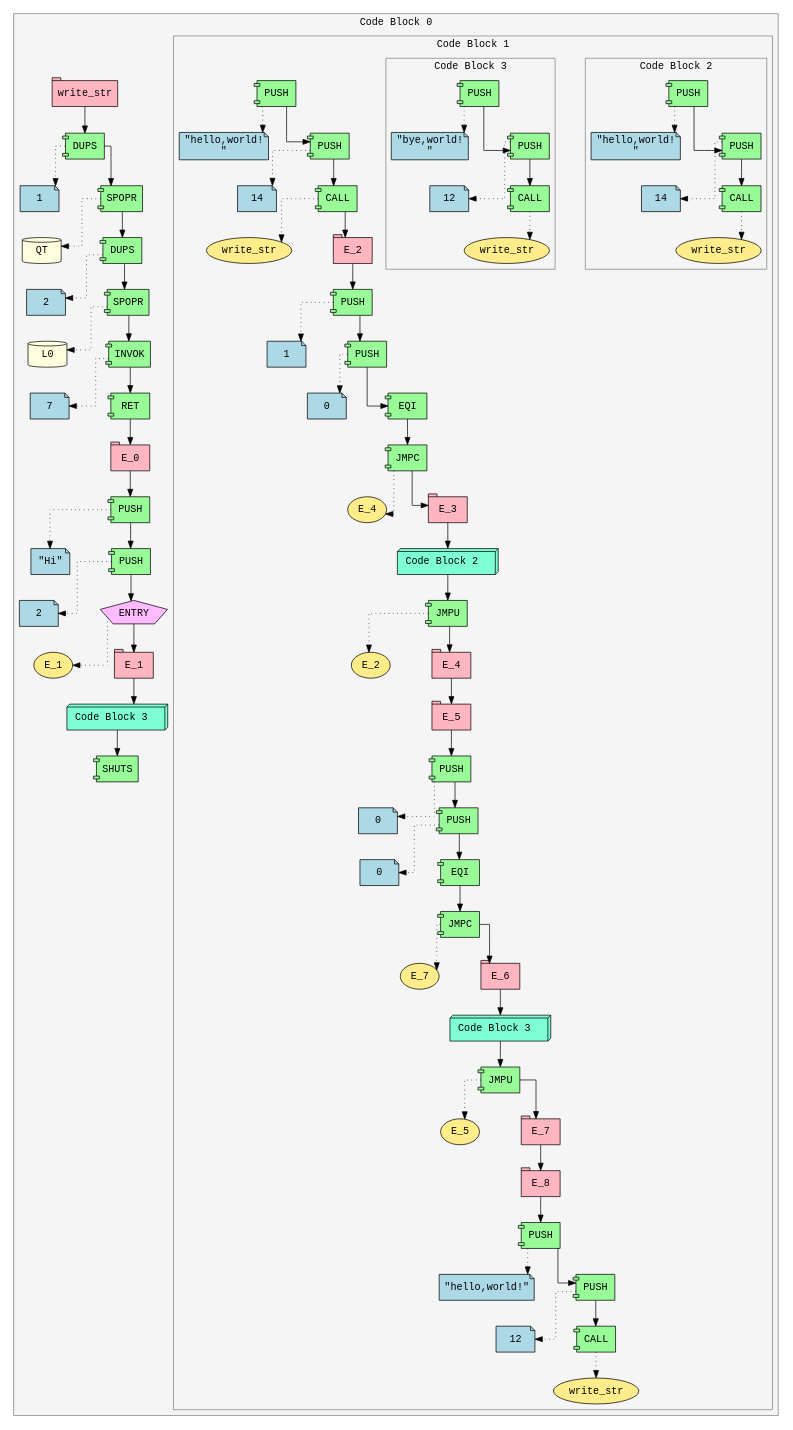
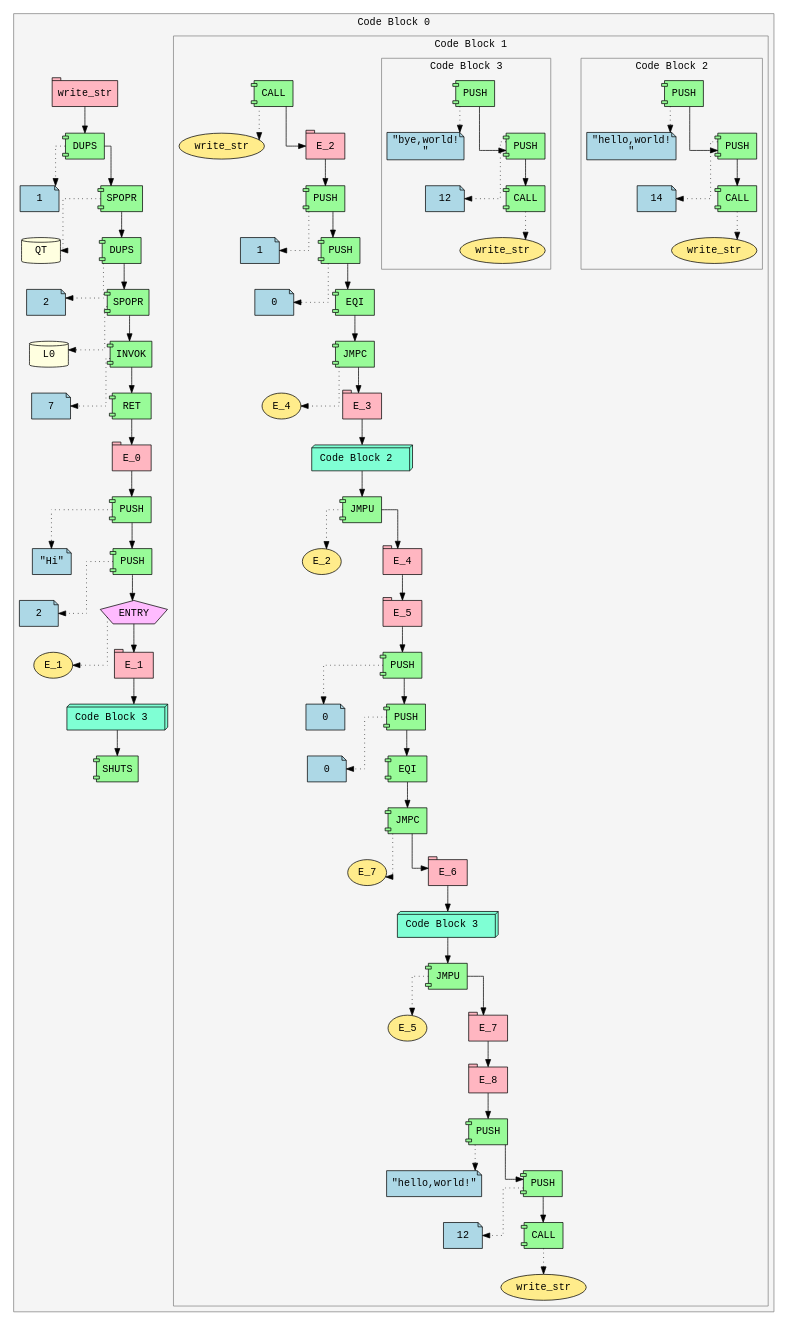
Before and after one commit to Soham-Metha/IICT_Segfault_2025: the diagram in ir.dot, drawn with Graphviz. The commit also changed 3 other files, not shown here.

```diff
--- a/ir.dot
+++ b/ir.dot
@@ -53,123 +53,115 @@
 color=gray;
 fillcolor=whitesmoke;
 fontname="Courier";
-Expr_22 [shape=component style=filled fillcolor=palegreen fontname="Courier" label="PUSH"]
-Expr_23 [shape=note style=filled fillcolor=lightblue fontname="Courier" label="\"hello,world!\n\""]
+Expr_22 [shape=component style=filled fillcolor=palegreen fontname="Courier" label="CALL"]
+Expr_23 [shape=ellipse style=filled fillcolor=lightgoldenrod1 fontname="Courier" label="write_str"]
 Expr_22 -> Expr_23 [style=dotted]
-Expr_24 [shape=component style=filled fillcolor=palegreen fontname="Courier" label="PUSH"]
-Expr_25 [shape=note style=filled fillcolor=lightblue fontname="Courier" label="14"]
-Expr_24 -> Expr_25 [style=dotted]
+Expr_24 [shape=tab style=filled fillcolor=lightpink fontname="Courier" label="E_2"]
 Expr_22 -> Expr_24;
-Expr_26 [shape=component style=filled fillcolor=palegreen fontname="Courier" label="CALL"]
-Expr_27 [shape=ellipse style=filled fillcolor=lightgoldenrod1 fontname="Courier" label="write_str"]
-Expr_26 -> Expr_27 [style=dotted]
-Expr_24 -> Expr_26;
-Expr_28 [shape=tab style=filled fillcolor=lightpink fontname="Courier" label="E_2"]
-Expr_26 -> Expr_28;
-Expr_29 [shape=component style=filled fillcolor=palegreen fontname="Courier" label="PUSH"]
-Expr_30 [shape=note style=filled fillcolor=lightblue fontname="Courier" label="1"]
-Expr_29 -> Expr_30 [style=dotted]
-Expr_28 -> Expr_29;
-Expr_31 [shape=component style=filled fillcolor=palegreen fontname="Courier" label="PUSH"]
-Expr_32 [shape=note style=filled fillcolor=lightblue fontname="Courier" label="0"]
-Expr_31 -> Expr_32 [style=dotted]
-Expr_29 -> Expr_31;
-Expr_33 [shape=component style=filled fillcolor=palegreen fontname="Courier" label="EQI"]
-Expr_31 -> Expr_33;
-Expr_34 [shape=component style=filled fillcolor=palegreen fontname="Courier" label="JMPC"]
-Expr_35 [shape=ellipse style=filled fillcolor=lightgoldenrod1 fontname="Courier" label="E_4"]
-Expr_34 -> Expr_35 [style=dotted]
-Expr_33 -> Expr_34;
-Expr_36 [shape=tab style=filled fillcolor=lightpink fontname="Courier" label="E_3"]
-Expr_34 -> Expr_36;
-subgraph cluster_37 {
+Expr_25 [shape=component style=filled fillcolor=palegreen fontname="Courier" label="PUSH"]
+Expr_26 [shape=note style=filled fillcolor=lightblue fontname="Courier" label="1"]
+Expr_25 -> Expr_26 [style=dotted]
+Expr_24 -> Expr_25;
+Expr_27 [shape=component style=filled fillcolor=palegreen fontname="Courier" label="PUSH"]
+Expr_28 [shape=note style=filled fillcolor=lightblue fontname="Courier" label="0"]
+Expr_27 -> Expr_28 [style=dotted]
+Expr_25 -> Expr_27;
+Expr_29 [shape=component style=filled fillcolor=palegreen fontname="Courier" label="EQI"]
+Expr_27 -> Expr_29;
+Expr_30 [shape=component style=filled fillcolor=palegreen fontname="Courier" label="JMPC"]
+Expr_31 [shape=ellipse style=filled fillcolor=lightgoldenrod1 fontname="Courier" label="E_4"]
+Expr_30 -> Expr_31 [style=dotted]
+Expr_29 -> Expr_30;
+Expr_32 [shape=tab style=filled fillcolor=lightpink fontname="Courier" label="E_3"]
+Expr_30 -> Expr_32;
+subgraph cluster_33 {
 label="Code Block 2 ";
 style=filled;
 color=gray;
 fillcolor=whitesmoke;
 fontname="Courier";
-Expr_38 [shape=component style=filled fillcolor=palegreen fontname="Courier" label="PUSH"]
-Expr_39 [shape=note style=filled fillcolor=lightblue fontname="Courier" label="\"hello,world!\n\""]
+Expr_34 [shape=component style=filled fillcolor=palegreen fontname="Courier" label="PUSH"]
+Expr_35 [shape=note style=filled fillcolor=lightblue fontname="Courier" label="\"hello,world!\n\""]
+Expr_34 -> Expr_35 [style=dotted]
+Expr_36 [shape=component style=filled fillcolor=palegreen fontname="Courier" label="PUSH"]
+Expr_37 [shape=note style=filled fillcolor=lightblue fontname="Courier" label="14"]
+Expr_36 -> Expr_37 [style=dotted]
+Expr_34 -> Expr_36;
+Expr_38 [shape=component style=filled fillcolor=palegreen fontname="Courier" label="CALL"]
+Expr_39 [shape=ellipse style=filled fillcolor=lightgoldenrod1 fontname="Courier" label="write_str"]
 Expr_38 -> Expr_39 [style=dotted]
-Expr_40 [shape=component style=filled fillcolor=palegreen fontname="Courier" label="PUSH"]
-Expr_41 [shape=note style=filled fillcolor=lightblue fontname="Courier" label="14"]
+Expr_36 -> Expr_38;
+}
+Expr_33 [shape=box3d style=filled fillcolor=aquamarine fontname="Courier" label=" Code Block 2  "]
+Expr_32 -> Expr_33;
+Expr_40 [shape=component style=filled fillcolor=palegreen fontname="Courier" label="JMPU"]
+Expr_41 [shape=ellipse style=filled fillcolor=lightgoldenrod1 fontname="Courier" label="E_2"]
 Expr_40 -> Expr_41 [style=dotted]
-Expr_38 -> Expr_40;
-Expr_42 [shape=component style=filled fillcolor=palegreen fontname="Courier" label="CALL"]
-Expr_43 [shape=ellipse style=filled fillcolor=lightgoldenrod1 fontname="Courier" label="write_str"]
-Expr_42 -> Expr_43 [style=dotted]
+Expr_33 -> Expr_40;
+Expr_42 [shape=tab style=filled fillcolor=lightpink fontname="Courier" label="E_4"]
 Expr_40 -> Expr_42;
-}
-Expr_37 [shape=box3d style=filled fillcolor=aquamarine fontname="Courier" label=" Code Block 2  "]
-Expr_36 -> Expr_37;
-Expr_44 [shape=component style=filled fillcolor=palegreen fontname="Courier" label="JMPU"]
-Expr_45 [shape=ellipse style=filled fillcolor=lightgoldenrod1 fontname="Courier" label="E_2"]
+Expr_43 [shape=tab style=filled fillcolor=lightpink fontname="Courier" label="E_5"]
+Expr_42 -> Expr_43;
+Expr_44 [shape=component style=filled fillcolor=palegreen fontname="Courier" label="PUSH"]
+Expr_45 [shape=note style=filled fillcolor=lightblue fontname="Courier" label="0"]
 Expr_44 -> Expr_45 [style=dotted]
-Expr_37 -> Expr_44;
-Expr_46 [shape=tab style=filled fillcolor=lightpink fontname="Courier" label="E_4"]
+Expr_43 -> Expr_44;
+Expr_46 [shape=component style=filled fillcolor=palegreen fontname="Courier" label="PUSH"]
+Expr_47 [shape=note style=filled fillcolor=lightblue fontname="Courier" label="0"]
+Expr_46 -> Expr_47 [style=dotted]
 Expr_44 -> Expr_46;
-Expr_47 [shape=tab style=filled fillcolor=lightpink fontname="Courier" label="E_5"]
-Expr_46 -> Expr_47;
-Expr_48 [shape=component style=filled fillcolor=palegreen fontname="Courier" label="PUSH"]
-Expr_49 [shape=note style=filled fillcolor=lightblue fontname="Courier" label="0"]
-Expr_48 -> Expr_49 [style=dotted]
-Expr_47 -> Expr_48;
-Expr_50 [shape=component style=filled fillcolor=palegreen fontname="Courier" label="PUSH"]
-Expr_51 [shape=note style=filled fillcolor=lightblue fontname="Courier" label="0"]
-Expr_50 -> Expr_51 [style=dotted]
-Expr_48 -> Expr_50;
-Expr_52 [shape=component style=filled fillcolor=palegreen fontname="Courier" label="EQI"]
-Expr_50 -> Expr_52;
-Expr_53 [shape=component style=filled fillcolor=palegreen fontname="Courier" label="JMPC"]
-Expr_54 [shape=ellipse style=filled fillcolor=lightgoldenrod1 fontname="Courier" label="E_7"]
-Expr_53 -> Expr_54 [style=dotted]
-Expr_52 -> Expr_53;
-Expr_55 [shape=tab style=filled fillcolor=lightpink fontname="Courier" label="E_6"]
-Expr_53 -> Expr_55;
-subgraph cluster_56 {
+Expr_48 [shape=component style=filled fillcolor=palegreen fontname="Courier" label="EQI"]
+Expr_46 -> Expr_48;
+Expr_49 [shape=component style=filled fillcolor=palegreen fontname="Courier" label="JMPC"]
+Expr_50 [shape=ellipse style=filled fillcolor=lightgoldenrod1 fontname="Courier" label="E_7"]
+Expr_49 -> Expr_50 [style=dotted]
+Expr_48 -> Expr_49;
+Expr_51 [shape=tab style=filled fillcolor=lightpink fontname="Courier" label="E_6"]
+Expr_49 -> Expr_51;
+subgraph cluster_52 {
 label="Code Block 3 ";
 style=filled;
 color=gray;
 fillcolor=whitesmoke;
 fontname="Courier";
-Expr_57 [shape=component style=filled fillcolor=palegreen fontname="Courier" label="PUSH"]
-Expr_58 [shape=note style=filled fillcolor=lightblue fontname="Courier" label="\"bye,world!\n\""]
+Expr_53 [shape=component style=filled fillcolor=palegreen fontname="Courier" label="PUSH"]
+Expr_54 [shape=note style=filled fillcolor=lightblue fontname="Courier" label="\"bye,world!\n\""]
+Expr_53 -> Expr_54 [style=dotted]
+Expr_55 [shape=component style=filled fillcolor=palegreen fontname="Courier" label="PUSH"]
+Expr_56 [shape=note style=filled fillcolor=lightblue fontname="Courier" label="12"]
+Expr_55 -> Expr_56 [style=dotted]
+Expr_53 -> Expr_55;
+Expr_57 [shape=component style=filled fillcolor=palegreen fontname="Courier" label="CALL"]
+Expr_58 [shape=ellipse style=filled fillcolor=lightgoldenrod1 fontname="Courier" label="write_str"]
 Expr_57 -> Expr_58 [style=dotted]
-Expr_59 [shape=component style=filled fillcolor=palegreen fontname="Courier" label="PUSH"]
-Expr_60 [shape=note style=filled fillcolor=lightblue fontname="Courier" label="12"]
+Expr_55 -> Expr_57;
+}
+Expr_52 [shape=box3d style=filled fillcolor=aquamarine fontname="Courier" label=" Code Block 3  "]
+Expr_51 -> Expr_52;
+Expr_59 [shape=component style=filled fillcolor=palegreen fontname="Courier" label="JMPU"]
+Expr_60 [shape=ellipse style=filled fillcolor=lightgoldenrod1 fontname="Courier" label="E_5"]
 Expr_59 -> Expr_60 [style=dotted]
-Expr_57 -> Expr_59;
-Expr_61 [shape=component style=filled fillcolor=palegreen fontname="Courier" label="CALL"]
-Expr_62 [shape=ellipse style=filled fillcolor=lightgoldenrod1 fontname="Courier" label="write_str"]
-Expr_61 -> Expr_62 [style=dotted]
+Expr_52 -> Expr_59;
+Expr_61 [shape=tab style=filled fillcolor=lightpink fontname="Courier" label="E_7"]
 Expr_59 -> Expr_61;
-}
-Expr_56 [shape=box3d style=filled fillcolor=aquamarine fontname="Courier" label=" Code Block 3  "]
-Expr_55 -> Expr_56;
-Expr_63 [shape=component style=filled fillcolor=palegreen fontname="Courier" label="JMPU"]
-Expr_64 [shape=ellipse style=filled fillcolor=lightgoldenrod1 fontname="Courier" label="E_5"]
+Expr_62 [shape=tab style=filled fillcolor=lightpink fontname="Courier" label="E_8"]
+Expr_61 -> Expr_62;
+Expr_63 [shape=component style=filled fillcolor=palegreen fontname="Courier" label="PUSH"]
+Expr_64 [shape=note style=filled fillcolor=lightblue fontname="Courier" label="\"hello,world!\""]
 Expr_63 -> Expr_64 [style=dotted]
-Expr_56 -> Expr_63;
-Expr_65 [shape=tab style=filled fillcolor=lightpink fontname="Courier" label="E_7"]
+Expr_62 -> Expr_63;
+Expr_65 [shape=component style=filled fillcolor=palegreen fontname="Courier" label="PUSH"]
+Expr_66 [shape=note style=filled fillcolor=lightblue fontname="Courier" label="12"]
+Expr_65 -> Expr_66 [style=dotted]
 Expr_63 -> Expr_65;
-Expr_66 [shape=tab style=filled fillcolor=lightpink fontname="Courier" label="E_8"]
-Expr_65 -> Expr_66;
-Expr_67 [shape=component style=filled fillcolor=palegreen fontname="Courier" label="PUSH"]
-Expr_68 [shape=note style=filled fillcolor=lightblue fontname="Courier" label="\"hello,world!\""]
+Expr_67 [shape=component style=filled fillcolor=palegreen fontname="Courier" label="CALL"]
+Expr_68 [shape=ellipse style=filled fillcolor=lightgoldenrod1 fontname="Courier" label="write_str"]
 Expr_67 -> Expr_68 [style=dotted]
-Expr_66 -> Expr_67;
-Expr_69 [shape=component style=filled fillcolor=palegreen fontname="Courier" label="PUSH"]
-Expr_70 [shape=note style=filled fillcolor=lightblue fontname="Courier" label="12"]
-Expr_69 -> Expr_70 [style=dotted]
-Expr_67 -> Expr_69;
-Expr_71 [shape=component style=filled fillcolor=palegreen fontname="Courier" label="CALL"]
-Expr_72 [shape=ellipse style=filled fillcolor=lightgoldenrod1 fontname="Courier" label="write_str"]
-Expr_71 -> Expr_72 [style=dotted]
-Expr_69 -> Expr_71;
+Expr_65 -> Expr_67;
 }
 Expr_21 [shape=box3d style=filled fillcolor=aquamarine fontname="Courier" label=" Code Block 3  "]
 Expr_20 -> Expr_21;
-Expr_73 [shape=component style=filled fillcolor=palegreen fontname="Courier" label="SHUTS"]
-Expr_21 -> Expr_73;
+Expr_69 [shape=component style=filled fillcolor=palegreen fontname="Courier" label="SHUTS"]
+Expr_21 -> Expr_69;
 }
 }
```
